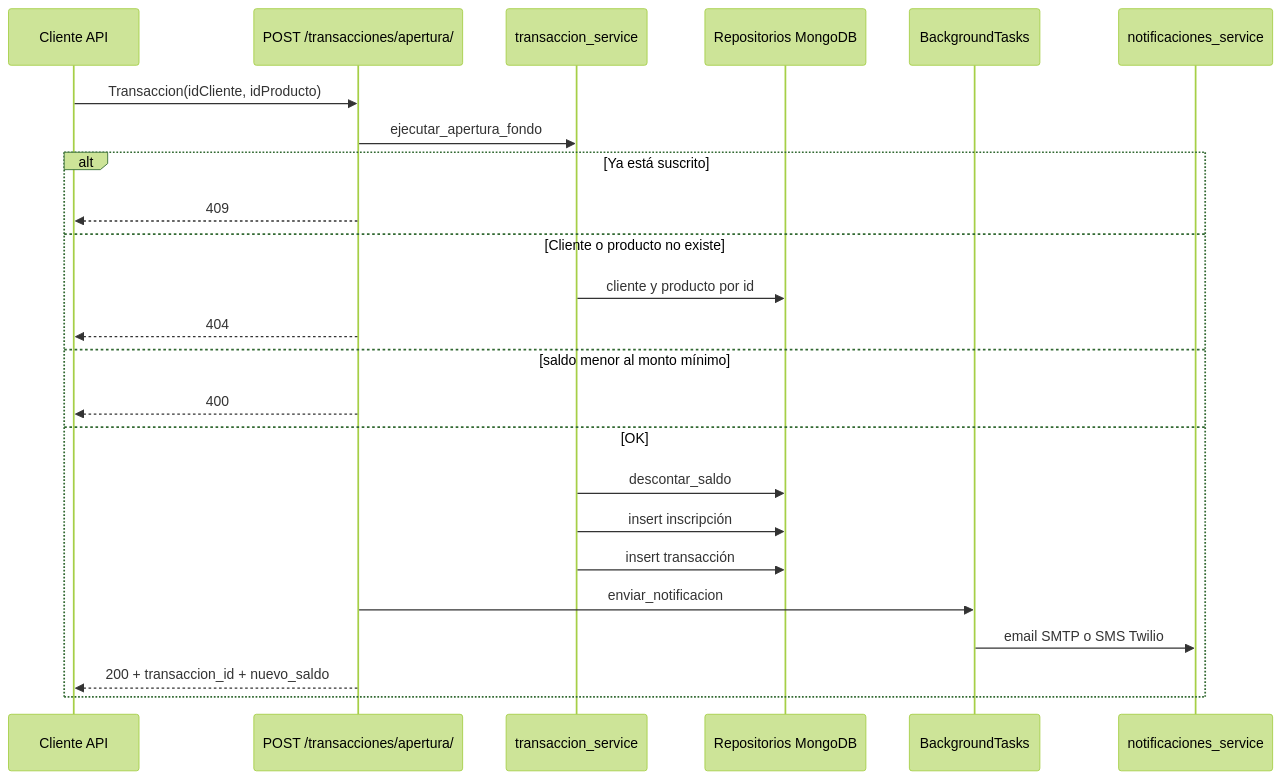
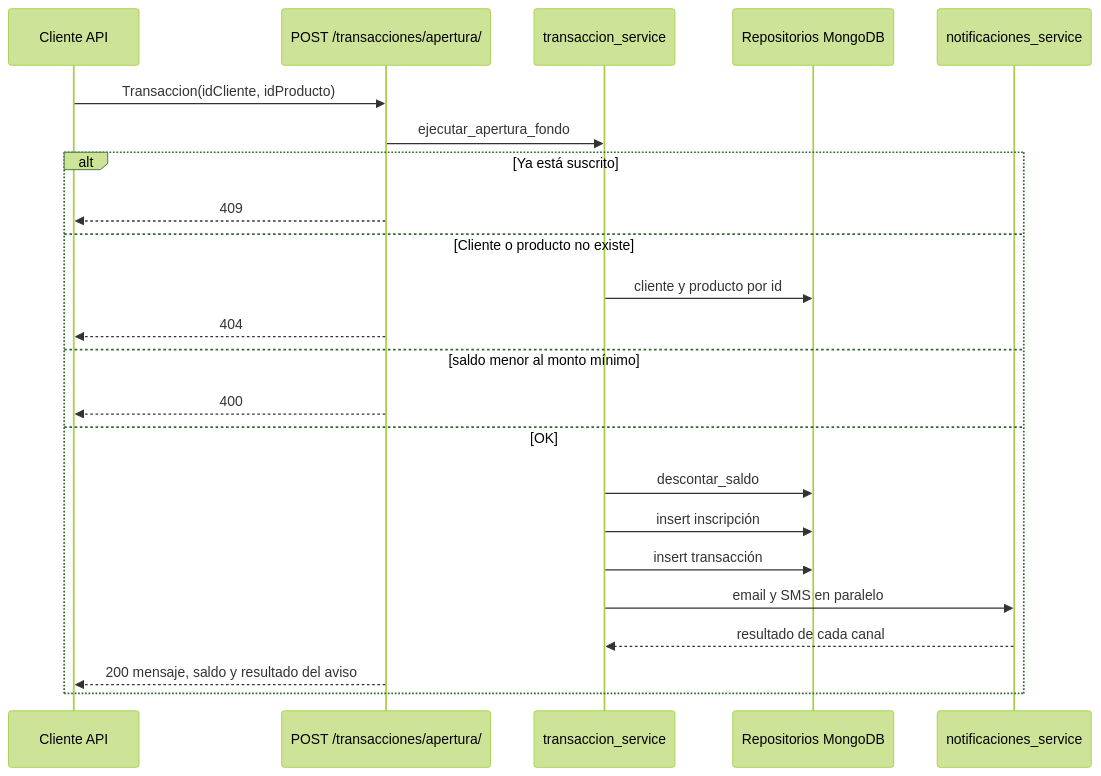
Before and after one commit to daancabo97/Api-fondos: the second of 5 diagrams in docs/ARQUITECTURA_FONDOS360.md, drawn with Mermaid (forest theme). The commit also changed other lines of this file and 28 other files, not shown here.

````diff
--- a/docs/ARQUITECTURA_FONDOS360.md
+++ b/docs/ARQUITECTURA_FONDOS360.md
@@ -128,27 +128,26 @@
 ```mermaid
 sequenceDiagram
     participant C as Cliente API
     participant API as POST /transacciones/apertura/
     participant TRX as transaccion_service
     participant DB as Repositorios MongoDB
-    participant BG as BackgroundTasks
     participant NOTIF as notificaciones_service
 
     C->>API: Transaccion(idCliente, idProducto)
     API->>TRX: ejecutar_apertura_fondo
     alt Ya está suscrito
         API-->>C: 409
     else Cliente o producto no existe
         TRX->>DB: cliente y producto por id
         API-->>C: 404
     else saldo menor al monto mínimo
         API-->>C: 400
     else OK
         TRX->>DB: descontar_saldo
         TRX->>DB: insert inscripción
         TRX->>DB: insert transacción
-        API->>BG: enviar_notificacion
-        BG->>NOTIF: email SMTP o SMS Twilio
-        API-->>C: 200 + transaccion_id + nuevo_saldo
+        TRX->>NOTIF: email y SMS en paralelo
+        NOTIF-->>TRX: resultado de cada canal
+        API-->>C: 200 mensaje, saldo y resultado del aviso
     end
 ```
````
